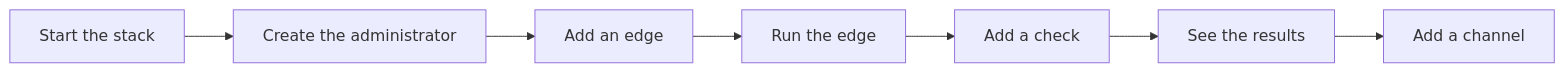
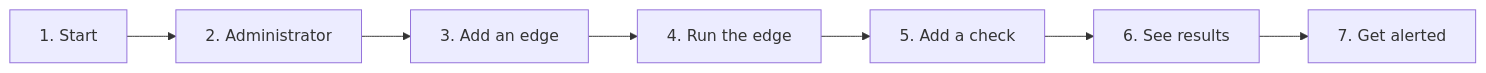
One commit to Arylite/netprobe changed the diagram in docs/getting-started.md. Above: the diagram before and after it, drawn with Mermaid. The commit also changed other lines of this file and 18 other files, not shown here.

````diff
--- a/docs/getting-started.md
+++ b/docs/getting-started.md
@@ -6,9 +9,9 @@
 ```mermaid
 flowchart LR
-    A[Start the stack] --> B[Create the administrator]
-    B --> C[Add an edge]
-    C --> D[Run the edge]
-    D --> E[Add a check]
-    E --> F[See the results]
-    F --> G[Add a channel]
+    A[1. Start] --> B[2. Administrator]
+    B --> C[3. Add an edge]
+    C --> D[4. Run the edge]
+    D --> E[5. Add a check]
+    E --> F[6. See results]
+    F --> G[7. Get alerted]
 ```
````
